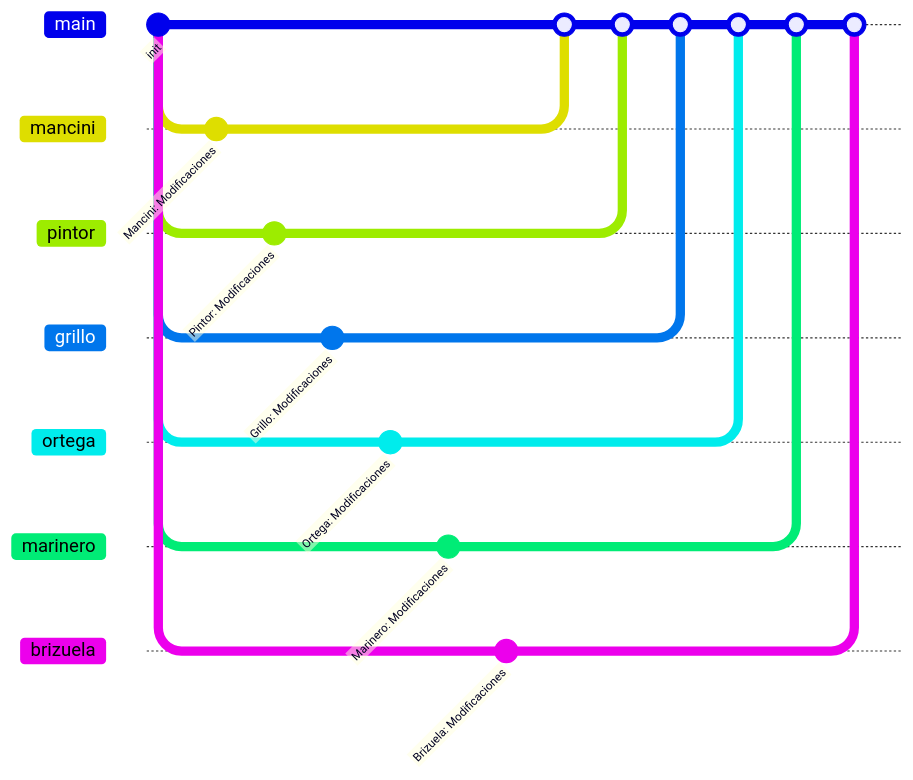
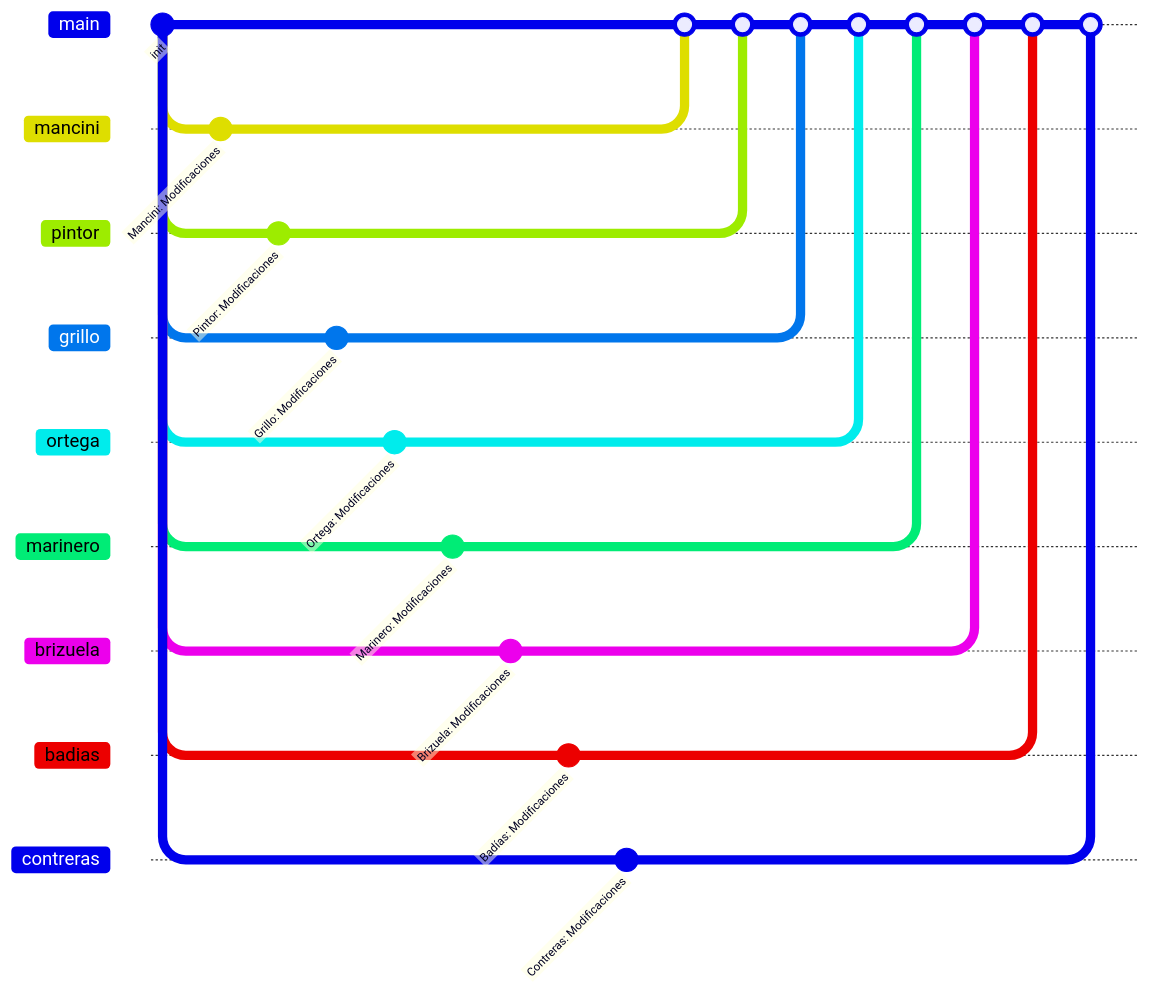
The diagram in git-proyecto-teapp.md (eormeno/dbacki_2024), drawn with Mermaid before and after one commit. The commit also changed other lines of this file, not shown here.

Commit message:
fix 8 estudiantes

````diff
--- a/git-proyecto-teapp.md
+++ b/git-proyecto-teapp.md
@@ -15,40 +15,52 @@
 ```mermaid
 gitGraph
     commit id: "init"
     branch mancini
     checkout mancini
     commit id: "Mancini: Modificaciones"
 
     checkout main
     branch pintor
     checkout pintor
     commit id: "Pintor: Modificaciones"
 
     checkout main
     branch grillo
     checkout grillo
     commit id: "Grillo: Modificaciones"
 
     checkout main
     branch ortega
     checkout ortega
     commit id: "Ortega: Modificaciones"
 
     checkout main
     branch marinero
     checkout marinero
     commit id: "Marinero: Modificaciones"
 
     checkout main
     branch brizuela
     checkout brizuela
     commit id: "Brizuela: Modificaciones"
 
     checkout main
+    branch badias
+    checkout badias
+    commit id: "Badías: Modificaciones"
+
+    checkout main
+    branch contreras
+    checkout contreras
+    commit id: "Contreras: Modificaciones"
+
+    checkout main
     merge mancini 
     merge pintor
     merge grillo
     merge ortega
     merge marinero
     merge brizuela
+    merge badias
+    merge contreras
 ```
````
